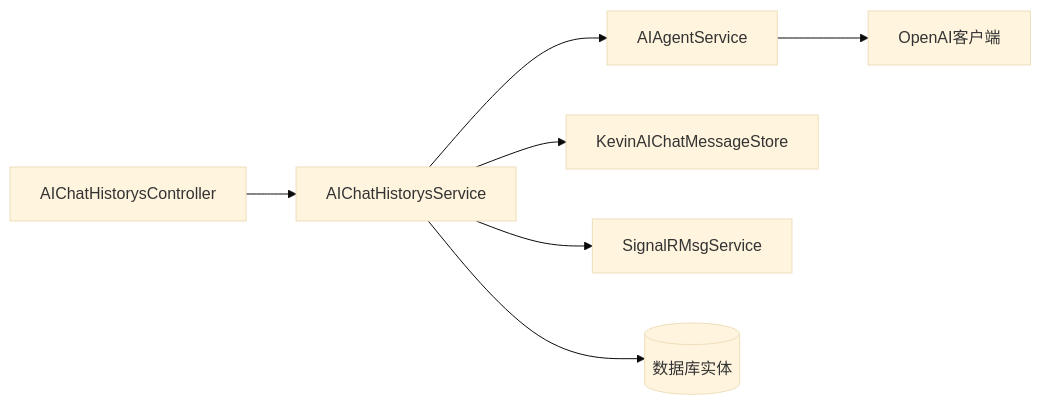
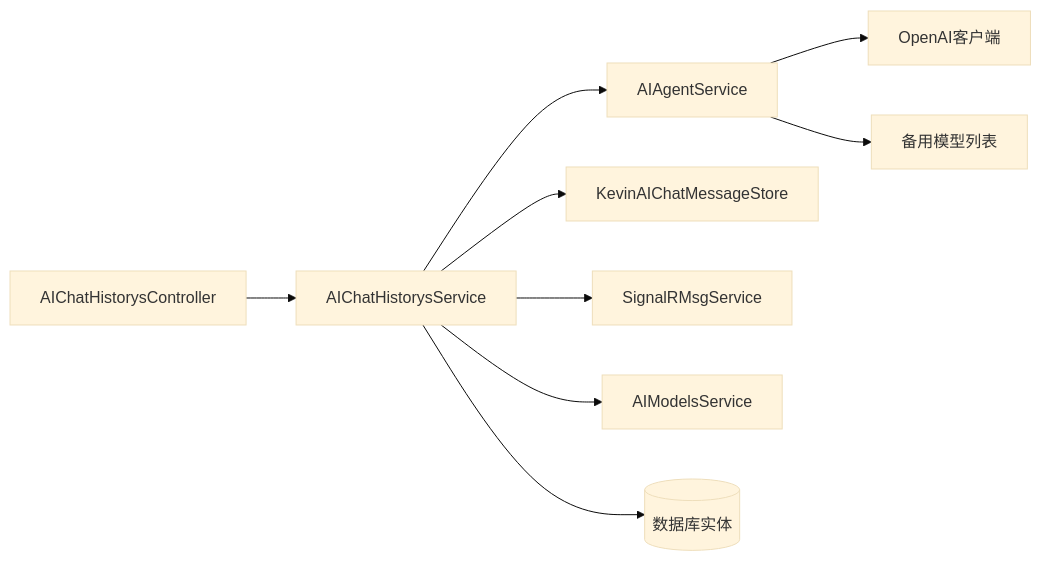
Before and after one commit to junkai-li/NetCoreKevin: the seventh of 7 diagrams in .qoder/repowiki/zh/content/核心模块/AI智能助手/聊天对话.md, drawn with Mermaid (base theme). The commit also changed other lines of this file and 7 other files, not shown here.

````diff
--- a/.qoder/repowiki/zh/content/核心模块/AI智能助手/聊天对话.md
+++ b/.qoder/repowiki/zh/content/核心模块/AI智能助手/聊天对话.md
@@ -281,9 +331,11 @@
 ```mermaid
 graph LR
 Ctrl["AIChatHistorysController"] --> Svc["AIChatHistorysService"]
 Svc --> Agent["AIAgentService"]
 Svc --> Store["KevinAIChatMessageStore"]
 Svc --> SR["SignalRMsgService"]
+Svc --> ModelSvc["AIModelsService"]
 Agent --> OA["OpenAI客户端"]
+Agent --> Fallback["备用模型列表"]
 Svc --> DB[("数据库实体")]
 ```
````
